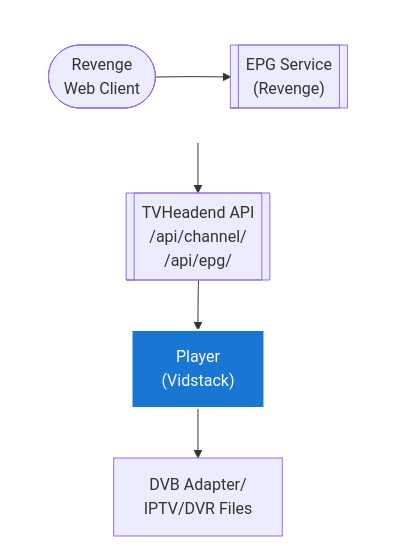
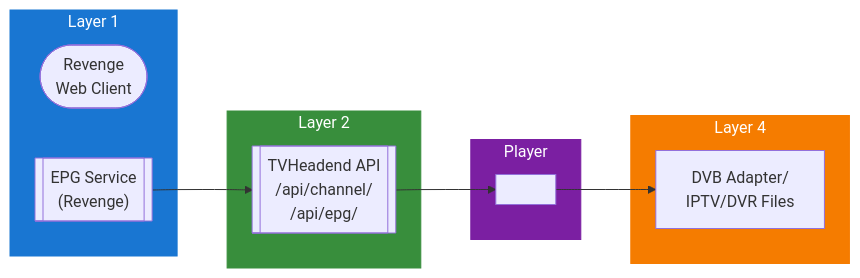
The diagram in docs/dev/design/integrations/livetv/TVHEADEND.md (lusoris/revenge), drawn with Mermaid before and after one commit. The commit also changed 215 other files, not shown here.

First line of the commit message:
feat(diagrams): convert all ASCII diagrams to Mermaid with LR subgraphs

````diff
--- a/docs/dev/design/integrations/livetv/TVHEADEND.md
+++ b/docs/dev/design/integrations/livetv/TVHEADEND.md
@@ -58,21 +58,30 @@
 ```mermaid
-flowchart TD
-    subgraph row1[ ]
-        direction LR
+flowchart LR
+    subgraph Layer1["Layer 1"]
         node1(["Revenge<br/>Web Client"])
         node2[["EPG Service<br/>(Revenge)"]]
     end
-    node3[["TVHeadend API<br/>/api/channel/<br/>/api/epg/"]]
-    node4["Player<br/>(Vidstack)"]
-    node5["DVB Adapter/<br/>IPTV/DVR Files"]
-    node1 --> node2
+
+    subgraph Layer2["Layer 2"]
+        node3[["TVHeadend API<br/>/api/channel/<br/>/api/epg/"]]
+    end
+
+    subgraph Player["Player"]
+        node4[" "]
+    end
+
+    subgraph Layer4["Layer 4"]
+        node5["DVB Adapter/<br/>IPTV/DVR Files"]
+    end
+
+    %% Connections
     node2 --> node3
     node3 --> node4
     node4 --> node5
 
-    %% Layer styling
-    style node4 fill:#1976D2,stroke:#fff,stroke-width:2px,color:#fff
-
-    %% Hide row subgraph borders
-    style row1 fill:transparent,stroke:transparent
+    %% Styling
+    style Layer1 fill:#1976D2,stroke:#1976D2,color:#fff
+    style Layer2 fill:#388E3C,stroke:#388E3C,color:#fff
+    style Player fill:#7B1FA2,stroke:#7B1FA2,color:#fff
+    style Layer4 fill:#F57C00,stroke:#F57C00,color:#fff
 ```
````
